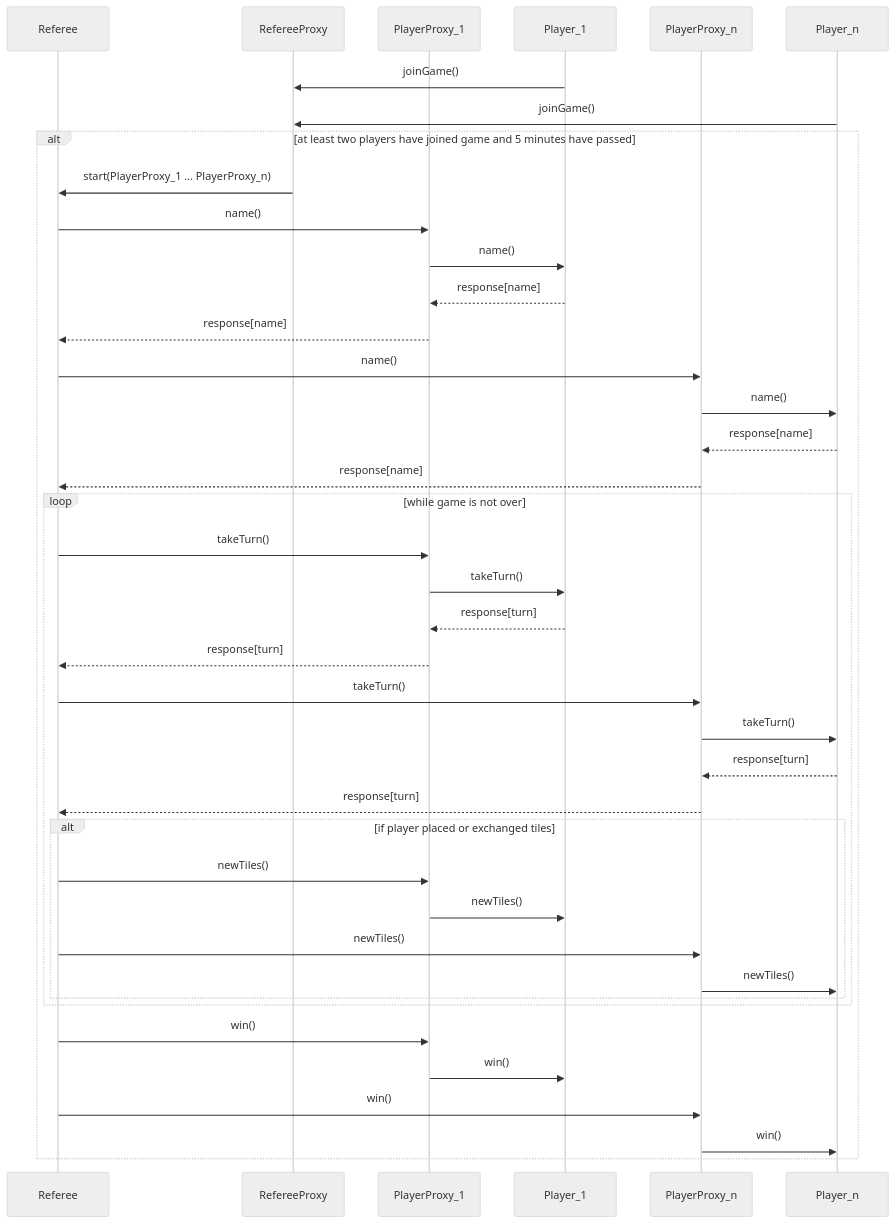
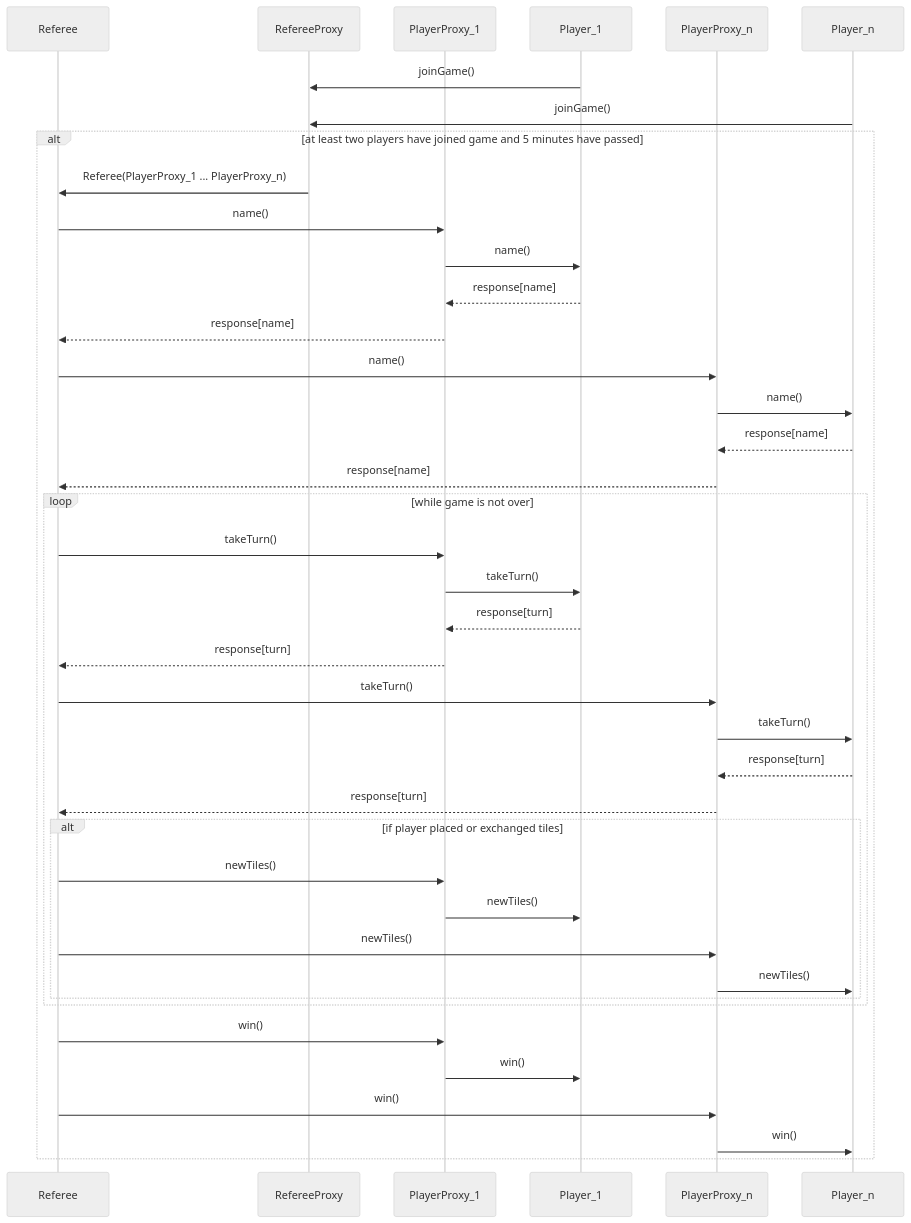
One commit to Tvcz/Qwirkle changed the diagram in Q/Planning/remote.md. Above: the diagram before and after it, drawn with Mermaid (neutral theme). The commit also changed other lines of this file, not shown here.

````diff
--- a/Q/Planning/remote.md
+++ b/Q/Planning/remote.md
@@ -2,56 +130,58 @@
 ```mermaid
 sequenceDiagram
     participant Referee
     participant RefereeProxy
     participant PlayerProxy_1
     participant Player_1
     participant PlayerProxy_n
     participant Player_n
 
     Player_1->>RefereeProxy: joinGame()
     Player_n->>RefereeProxy: joinGame()
 
     alt at least two players have joined game and 5 minutes have passed
-        RefereeProxy->>Referee: start(PlayerProxy_1 ... PlayerProxy_n)
+
+        RefereeProxy->>Referee: Referee(PlayerProxy_1 ... PlayerProxy_n)
 
 
         Referee->>PlayerProxy_1: name()
         PlayerProxy_1->>Player_1: name()
         Player_1-->>PlayerProxy_1: response[name]
         PlayerProxy_1-->>Referee: response[name]
 
         Referee->>PlayerProxy_n: name()
         PlayerProxy_n->>Player_n: name()
         Player_n-->>PlayerProxy_n: response[name]
         PlayerProxy_n-->>Referee: response[name]
 
 
         loop while game is not over
             Referee->>PlayerProxy_1: takeTurn()
             PlayerProxy_1->>Player_1: takeTurn()
             Player_1-->>PlayerProxy_1: response[turn]
             PlayerProxy_1-->>Referee: response[turn]
 
             Referee->>PlayerProxy_n: takeTurn()
             PlayerProxy_n->>Player_n: takeTurn()
             Player_n-->>PlayerProxy_n: response[turn]
             PlayerProxy_n-->>Referee: response[turn]
             
 
             alt if player placed or exchanged tiles
                 Referee->>PlayerProxy_1: newTiles()
                 PlayerProxy_1->>Player_1: newTiles()
 
                 Referee->>PlayerProxy_n: newTiles()
                 PlayerProxy_n->>Player_n: newTiles()
             end
+
         end 
 
         Referee->>PlayerProxy_1: win()
         PlayerProxy_1->>Player_1: win()
 
         Referee->>PlayerProxy_n: win()
         PlayerProxy_n->>Player_n: win()
+        
     end
-
 ```
````
